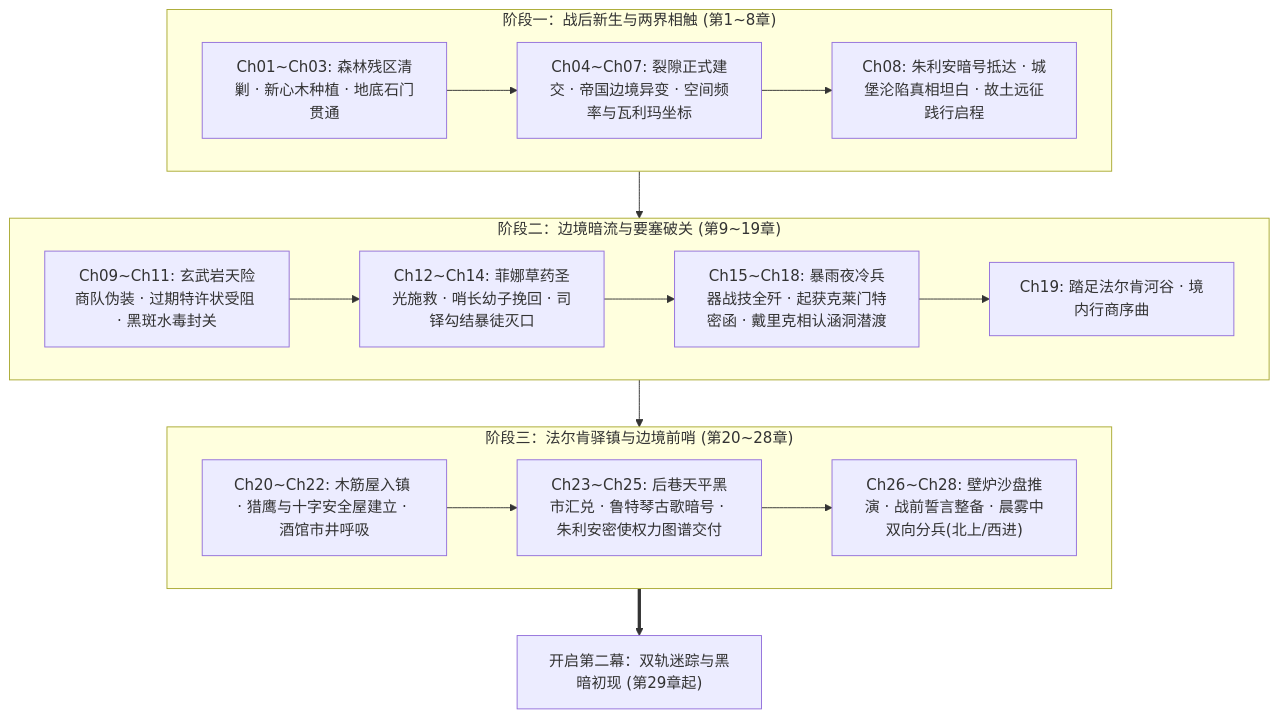
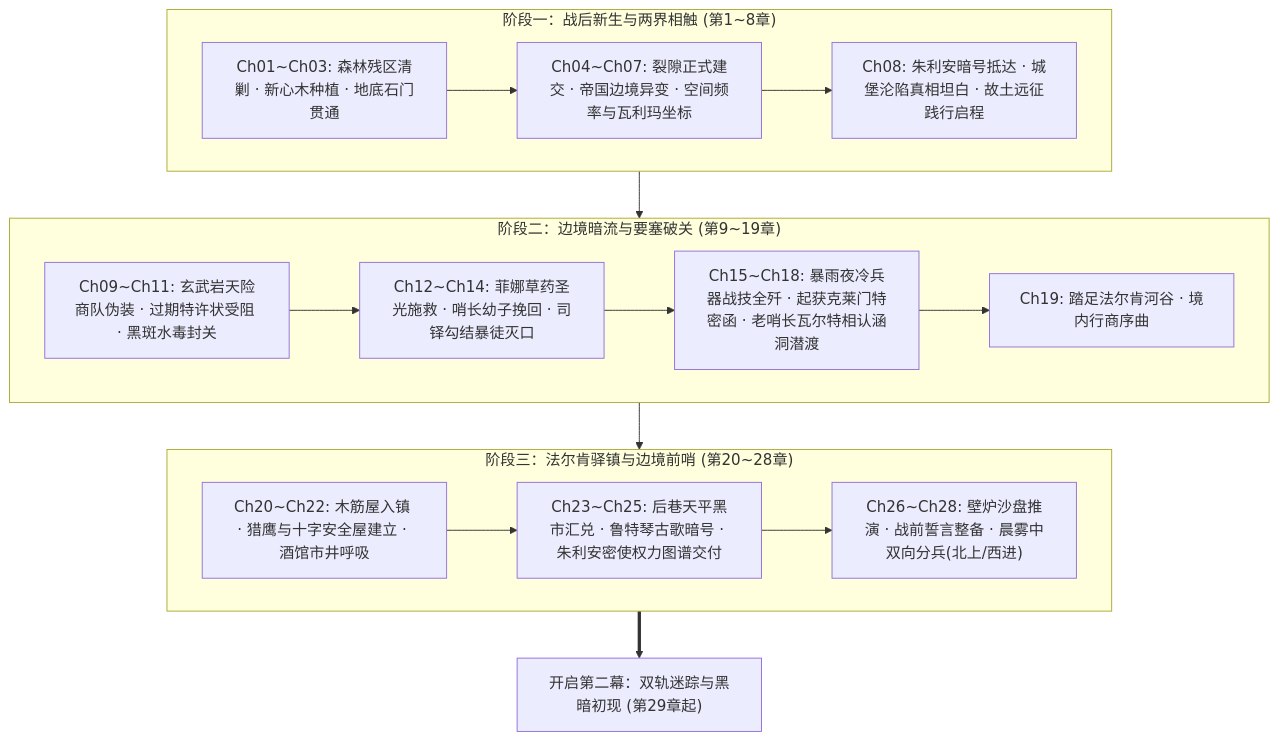
Before and after one commit to soranokiseki1437/eldoria-worldbook: the diagram in 方案/第二部/主线与世界扩充方案/分阶段详规/第一幕_阶段三_法尔肯驿镇与边境前哨详规.md, drawn with Mermaid. The commit also changed other lines of this file and 130 other files, not shown here.

````diff
--- a/方案/第二部/主线与世界扩充方案/分阶段详规/第一幕_阶段三_法尔肯驿镇与边境前哨详规.md
+++ b/方案/第二部/主线与世界扩充方案/分阶段详规/第一幕_阶段三_法尔肯驿镇与边境前哨详规.md
@@ -168,27 +168,27 @@
 ```mermaid
 graph TD
     subgraph M1S1["阶段一：战后新生与两界相触 (第1~8章)"]
         S1_1["Ch01~Ch03: 森林残区清剿 · 新心木种植 · 地底石门贯通"]
         S1_2["Ch04~Ch07: 裂隙正式建交 · 帝国边境异变 · 空间频率与瓦利玛坐标"]
         S1_3["Ch08: 朱利安暗号抵达 · 城堡沦陷真相坦白 · 故土远征践行启程"]
         S1_1 --> S1_2 --> S1_3
     end
 
     subgraph M1S2["阶段二：边境暗流与要塞破关 (第9~19章)"]
         S2_1["Ch09~Ch11: 玄武岩天险商队伪装 · 过期特许状受阻 · 黑斑水毒封关"]
         S2_2["Ch12~Ch14: 菲娜草药圣光施救 · 哨长幼子挽回 · 司铎勾结暴徒灭口"]
-        S2_3["Ch15~Ch18: 暴雨夜冷兵器战技全歼 · 起获克莱门特密函 · 戴里克相认涵洞潜渡"]
+        S2_3["Ch15~Ch18: 暴雨夜冷兵器战技全歼 · 起获克莱门特密函 · 老哨长瓦尔特相认涵洞潜渡"]
         S2_4["Ch19: 踏足法尔肯河谷 · 境内行商序曲"]
         S2_1 --> S2_2 --> S2_3 --> S2_4
     end
 
     subgraph M1S3["阶段三：法尔肯驿镇与边境前哨 (第20~28章)"]
         S3_1["Ch20~Ch22: 木筋屋入镇 · 猎鹰与十字安全屋建立 · 酒馆市井呼吸"]
         S3_2["Ch23~Ch25: 后巷天平黑市汇兑 · 鲁特琴古歌暗号 · 朱利安密使权力图谱交付"]
         S3_3["Ch26~Ch28: 壁炉沙盘推演 · 战前誓言整备 · 晨雾中双向分兵(北上/西进)"]
         S3_1 --> S3_2 --> S3_3
     end
 
     M1S1 --> M1S2 --> M1S3
     M1S3 ==> M2["开启第二幕：双轨迷踪与黑暗初现 (第29章起)"]
 ```
````
